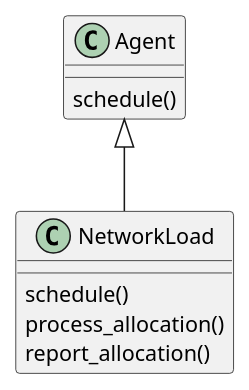
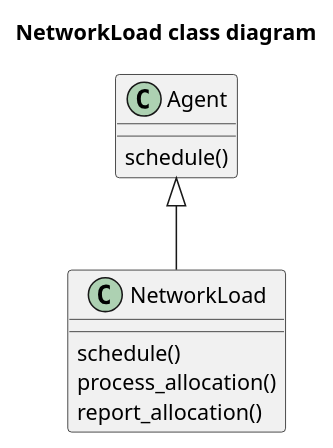
Before and after one commit to taqen/asgrids: the fifth of 6 diagrams in worklog.org, drawn with PlantUML. The commit also changed other lines of this file, not shown here.

Commit message:
add seq chart for alloc agent

```diff
--- a/worklog.org
+++ b/worklog.org
@@ -168,11 +168,12 @@
 #+begin_src plantuml :file load_class_diag.png
+title **NetworkLoad class diagram**
 class Agent {
   schedule()
 }
 class NetworkLoad {
   schedule()
   process_allocation()
   report_allocation()
 }
 Agent <|-- NetworkLoad
 #+end_src 
```
